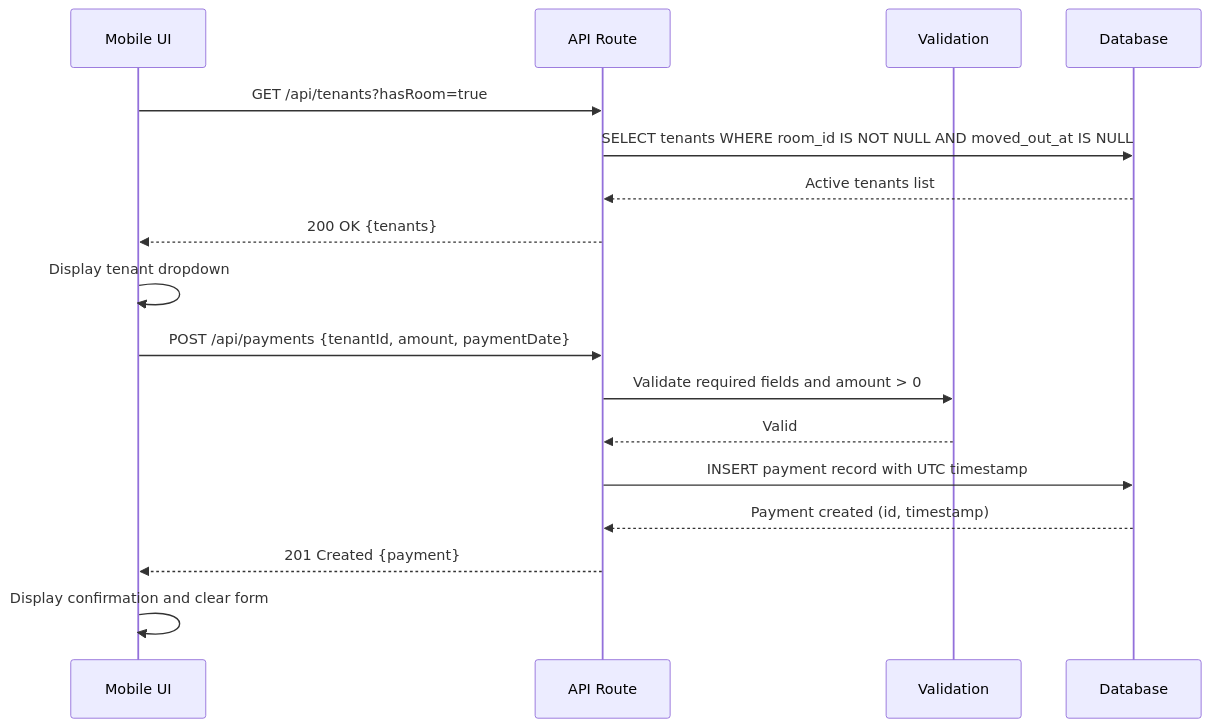
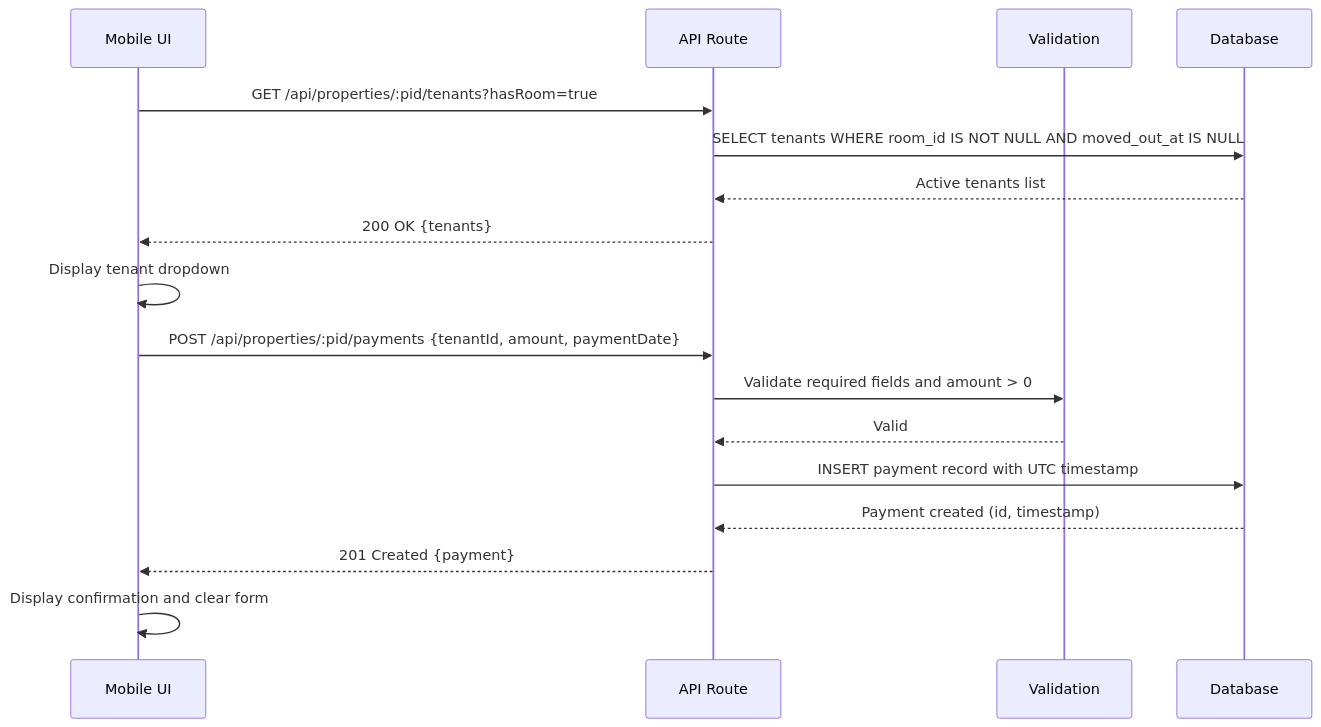
One commit to ahmadfadhil621/e-kost changed the third of 4 diagrams in specs/payment-recording/design.md. Above: the diagram before and after it, drawn with Mermaid. The commit also changed other lines of this file and 14 other files, not shown here.

````diff
--- a/specs/payment-recording/design.md
+++ b/specs/payment-recording/design.md
@@ -65,21 +64,21 @@
 ```mermaid
 sequenceDiagram
     participant UI as Mobile UI
     participant API as API Route
     participant Val as Validation
     participant DB as Database
     
-    UI->>API: GET /api/tenants?hasRoom=true
+    UI->>API: GET /api/properties/:pid/tenants?hasRoom=true
     API->>DB: SELECT tenants WHERE room_id IS NOT NULL AND moved_out_at IS NULL
     DB-->>API: Active tenants list
     API-->>UI: 200 OK {tenants}
     UI->>UI: Display tenant dropdown
     
-    UI->>API: POST /api/payments {tenantId, amount, paymentDate}
+    UI->>API: POST /api/properties/:pid/payments {tenantId, amount, paymentDate}
     API->>Val: Validate required fields and amount > 0
     Val-->>API: Valid
     API->>DB: INSERT payment record with UTC timestamp
     DB-->>API: Payment created (id, timestamp)
     API-->>UI: 201 Created {payment}
     UI->>UI: Display confirmation and clear form
 ```
````
